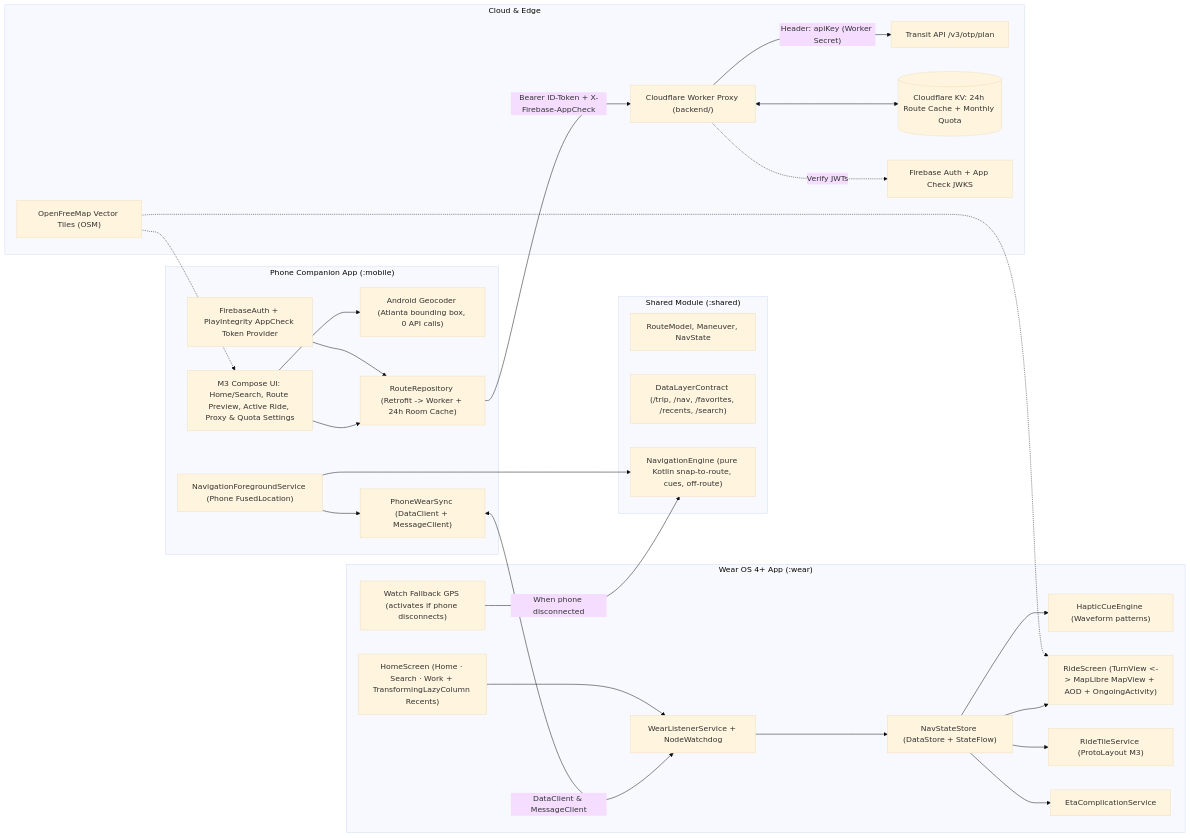
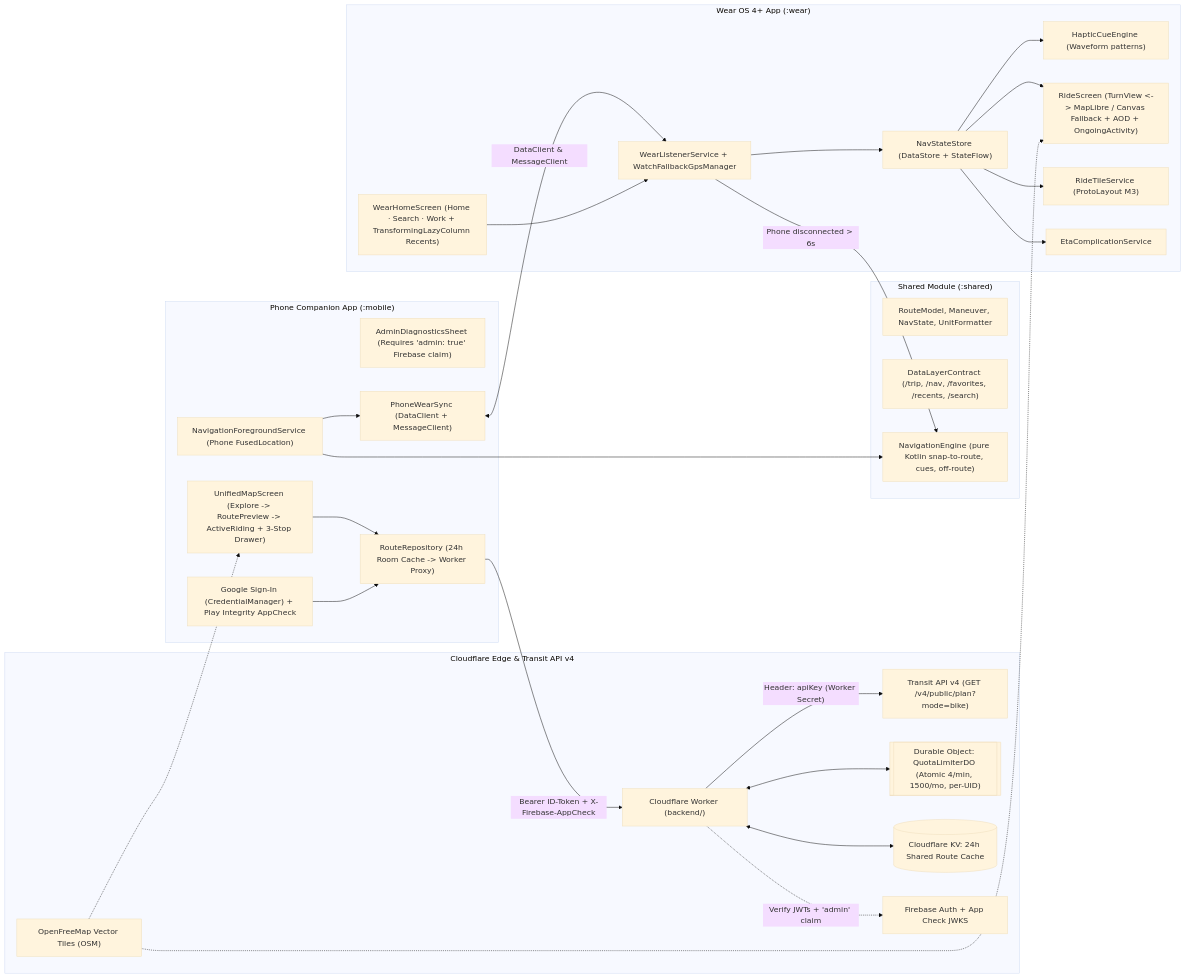
One commit to cmoronta/transit changed the first of 2 diagrams in docs/architecture_plan.md. Above: the diagram before and after it, drawn with Mermaid (base theme). The commit also changed other lines of this file and 1 other file, not shown here.

Commit message:
Update architecture plan (Transit v4, Durable Objects, Material You) and add architecture review

````diff
--- a/docs/architecture_plan.md
+++ b/docs/architecture_plan.md
@@ -39,56 +56,56 @@
 ```mermaid
 flowchart LR
-    subgraph Cloud["Cloud & Edge"]
-        TAPI["Transit API /v3/otp/plan"]
-        CFW["Cloudflare Worker Proxy (backend/)"]
-        CFKV[("Cloudflare KV: 24h Route Cache + Monthly Quota")]
+    subgraph Cloud["Cloudflare Edge & Transit API v4"]
+        TAPI["Transit API v4 (GET /v4/public/plan?mode=bike)"]
+        CFW["Cloudflare Worker (backend/)"]
+        CFDO[["Durable Object: QuotaLimiterDO (Atomic 4/min, 1500/mo, per-UID)"]]
+        CFKV[("Cloudflare KV: 24h Shared Route Cache")]
         FB["Firebase Auth + App Check JWKS"]
         OFM["OpenFreeMap Vector Tiles (OSM)"]
     end
 
     subgraph Shared["Shared Module (:shared)"]
-        MODEL["RouteModel, Maneuver, NavState"]
+        MODEL["RouteModel, Maneuver, NavState, UnitFormatter"]
         CONTRACT["DataLayerContract (/trip, /nav, /favorites, /recents, /search)"]
         ENGINE["NavigationEngine (pure Kotlin snap-to-route, cues, off-route)"]
     end
 
     subgraph Phone["Phone Companion App (:mobile)"]
-        UI_P["M3 Compose UI: Home/Search, Route Preview, Active Ride, Proxy & Quota Settings"]
-        FBA["FirebaseAuth + PlayIntegrity AppCheck Token Provider"]
-        GEO["Android Geocoder (Atlanta bounding box, 0 API calls)"]
-        REPO["RouteRepository (Retrofit -> Worker + 24h Room Cache)"]
+        UI_P["UnifiedMapScreen (Explore -> RoutePreview -> ActiveRiding + 3-Stop Drawer)"]
+        ADMIN_P["AdminDiagnosticsSheet (Requires 'admin: true' Firebase claim)"]
+        AUTH_P["Google Sign-In (CredentialManager) + Play Integrity AppCheck"]
+        REPO["RouteRepository (24h Room Cache -> Worker Proxy)"]
         FGS["NavigationForegroundService (Phone FusedLocation)"]
         DL_P["PhoneWearSync (DataClient + MessageClient)"]
     end
 
     subgraph Watch["Wear OS 4+ App (:wear)"]
-        DL_W["WearListenerService + NodeWatchdog"]
-        W_LOC["Watch Fallback GPS (activates if phone disconnects)"]
+        DL_W["WearListenerService + WatchFallbackGpsManager"]
         STATE["NavStateStore (DataStore + StateFlow)"]
         HAP["HapticCueEngine (Waveform patterns)"]
-        HOME_W["HomeScreen (Home · Search · Work + TransformingLazyColumn Recents)"]
-        RIDE_W["RideScreen (TurnView <-> MapLibre MapView + AOD + OngoingActivity)"]
+        HOME_W["WearHomeScreen (Home · Search · Work + TransformingLazyColumn Recents)"]
+        RIDE_W["RideScreen (TurnView <-> MapLibre / Canvas Fallback + AOD + OngoingActivity)"]
         TILE_W["RideTileService (ProtoLayout M3)"]
         COMP_W["EtaComplicationService"]
     end
 
     UI_P --> REPO
-    FBA --> REPO
+    AUTH_P --> REPO
     REPO -->|"Bearer ID-Token + X-Firebase-AppCheck"| CFW
     CFW <--> CFKV
-    CFW -.->|"Verify JWTs"| FB
+    CFW <--> CFDO
+    CFW -.->|"Verify JWTs + 'admin' claim"| FB
     CFW -->|"Header: apiKey (Worker Secret)"| TAPI
-    UI_P --> GEO
     FGS --> ENGINE
     FGS --> DL_P
     DL_P <-->|"DataClient & MessageClient"| DL_W
     DL_W --> STATE
-    W_LOC -->|"When phone disconnected"| ENGINE
+    DL_W -->|"Phone disconnected > 6s"| ENGINE
     STATE --> HAP
     STATE --> RIDE_W
     STATE --> TILE_W
     STATE --> COMP_W
     HOME_W --> DL_W
     OFM -.-> UI_P
     OFM -.-> RIDE_W
 ```
````
